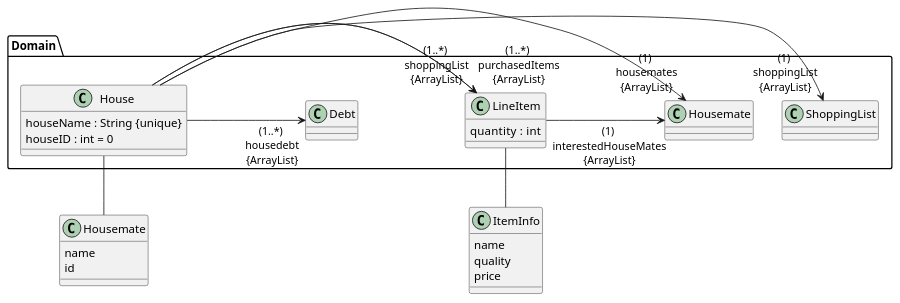
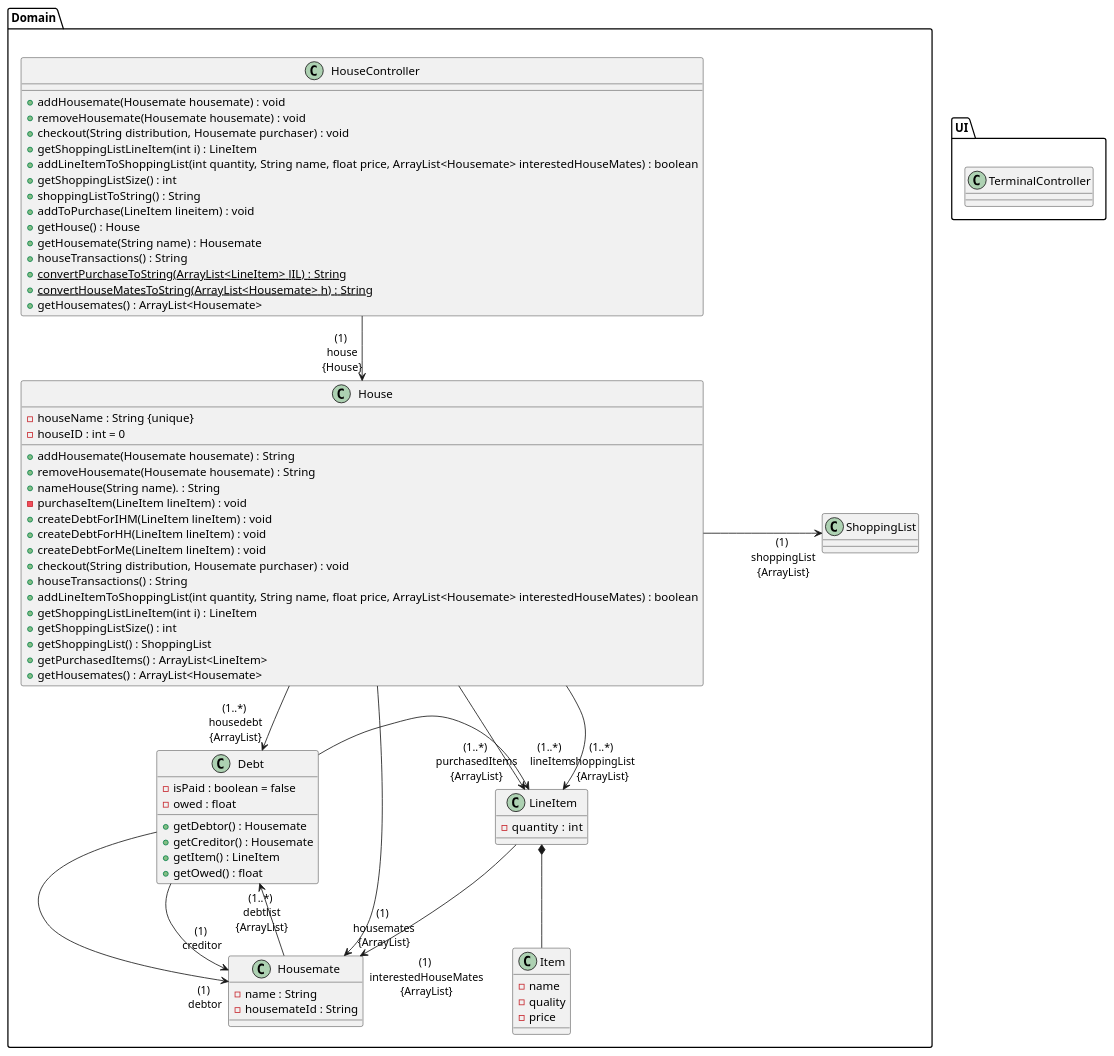
Before and after one commit to willemnielsen/House-App: the fourth of 4 diagrams in doc/design.md, drawn with PlantUML. The commit also changed other lines of this file, not shown here.

Commit message:
added Debt, House and HouseController to class diagram

````diff
--- a/doc/design.md
+++ b/doc/design.md
@@ -110,36 +116,83 @@
 @startuml
 
 class Domain.House {
-    houseName : String {unique}
-    houseID : int = 0
+    - houseName : String {unique}
+    - houseID : int = 0
+    + addHousemate(Housemate housemate) : String
+    + removeHousemate(Housemate housemate) : String
+    + nameHouse(String name). : String
+    - purchaseItem(LineItem lineItem) : void
+    + createDebtForIHM(LineItem lineItem) : void
+    + createDebtForHH(LineItem lineItem) : void
+    + createDebtForMe(LineItem lineItem) : void
+    + checkout(String distribution, Housemate purchaser) : void
+    + houseTransactions() : String
+    + addLineItemToShoppingList(int quantity, String name, float price, ArrayList<Housemate> interestedHouseMates) : boolean
+    + getShoppingListLineItem(int i) : LineItem
+    + getShoppingListSize() : int
+    + getShoppingList() : ShoppingList
+    + getPurchasedItems() : ArrayList<LineItem>
+    + getHousemates() : ArrayList<Housemate>
     }
  Domain.House -> "(1) \nshoppingList\n{ArrayList}" Domain.ShoppingList : \t\t\t\t
- Domain.House -> "(1) \nhousemates\n{ArrayList}" Domain.Housemate : \t\t\t\t
- Domain.House -> "(1..*) \npurchasedItems\n{ArrayList}" Domain.LineItem : \t\t\t\t
+ Domain.House --> "(1) \nhousemates\n{ArrayList}" Domain.Housemate : \t\t\t\t
+ Domain.House --> "(1..*) \npurchasedItems\n{ArrayList}" Domain.LineItem : \t\t\t\t
  Domain.House -> "(1..*) \nhousedebt\n{ArrayList}" Domain.Debt : \t\t\t\t
 
 class Domain.ShoppingList{
 }
-Domain.House -> "(1..*) \nshoppingList\n{ArrayList}" Domain.LineItem : \t\t\t\t
+Domain.House --> "(1..*) \nshoppingList\n{ArrayList}" Domain.LineItem : \t\t\t\t
+
 class Domain.LineItem {
-    quantity  : int 
-    }
-Domain.LineItem -> "(1) \ninterestedHouseMates\n{ArrayList}" Domain.Housemate : \t\t\t\t
-class ItemInfo {
-    name
-    quality
-    price
+    - quantity  : int 
+    }   
+Domain.LineItem --> "(1) \ninterestedHouseMates\n{ArrayList}" Domain.Housemate : \t\t\t\t
+Domain.LineItem *-- Domain.Item
+
+class Domain.Item {
+    - name
+    - quality
+    - price
     }
 
-class Housemate {
-    name
-    id
+class Domain.Housemate {
+    - name : String
+    - housemateId : String
     }
+Domain.Housemate --> "(1..*) \ndebtlist\n{ArrayList}" Domain.Debt : \t\t\t\t
 
+class Domain.Debt{
+    - isPaid : boolean = false
+    - owed : float
+    + getDebtor() : Housemate
+    + getCreditor() : Housemate
+    + getItem() : LineItem
+    + getOwed() : float
+}
+Domain.Debt -> "(1) \ndebtor\n" Domain.Housemate : \t\t\t\t
+Domain.Debt -> "(1) \ncreditor\n" Domain.Housemate : \t\t\t\t
+Domain.Debt -> "(1..*) \nlineItem\n" Domain.LineItem : \t\t\t\t
 
-Domain.LineItem -- ItemInfo 
-Domain.House -- Housemate
+class Domain.HouseController{
+    + addHousemate(Housemate housemate) : void
+    + removeHousemate(Housemate housemate) : void
+    + checkout(String distribution, Housemate purchaser) : void
+    + getShoppingListLineItem(int i) : LineItem
+    + addLineItemToShoppingList(int quantity, String name, float price, ArrayList<Housemate> interestedHouseMates) : boolean
+    + getShoppingListSize() : int
+    + shoppingListToString() : String
+    + addToPurchase(LineItem lineitem) : void
+    + getHouse() : House
+    + getHousemate(String name) : Housemate
+    + houseTransactions() : String
+    + {static} convertPurchaseToString(ArrayList<LineItem> lIL) : String
+    + {static} convertHouseMatesToString(ArrayList<Housemate> h) : String
+    + getHousemates() : ArrayList<Housemate>
+}
+Domain.HouseController --> "(1) \nhouse\n{House}" Domain.House :\t\t\t\t
+class UI.TerminalController{
 
+}
 
 @enduml
 ```
````
